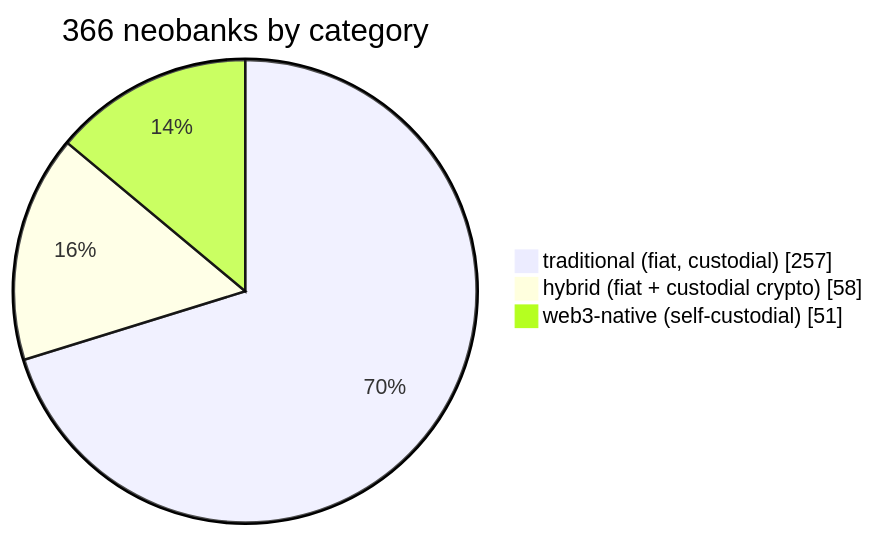
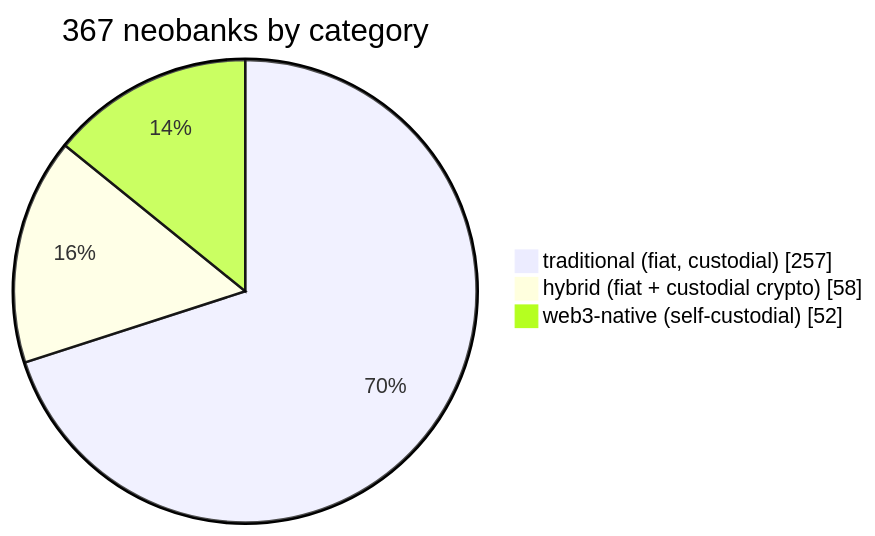
One commit to andreolf/neobankbeat changed the first of 3 diagrams in README.md. Above: the diagram before and after it, drawn with Mermaid. The commit also changed other lines of this file and 735 other files, not shown here.

First line of the commit message:
data: add Mine (mine.financial) — Swiss self-custody money app, 367th entity

````diff
--- a/README.md
+++ b/README.md
@@ -41,6 +41,6 @@
 ```mermaid
-pie showData title 366 neobanks by category
+pie showData title 367 neobanks by category
     "traditional (fiat, custodial)" : 257
     "hybrid (fiat + custodial crypto)" : 58
-    "web3-native (self-custodial)" : 51
+    "web3-native (self-custodial)" : 52
 ```
````
